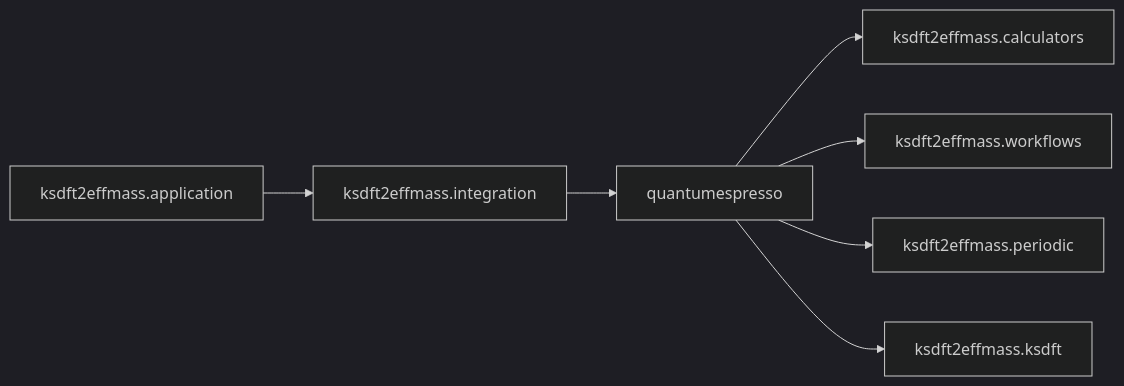
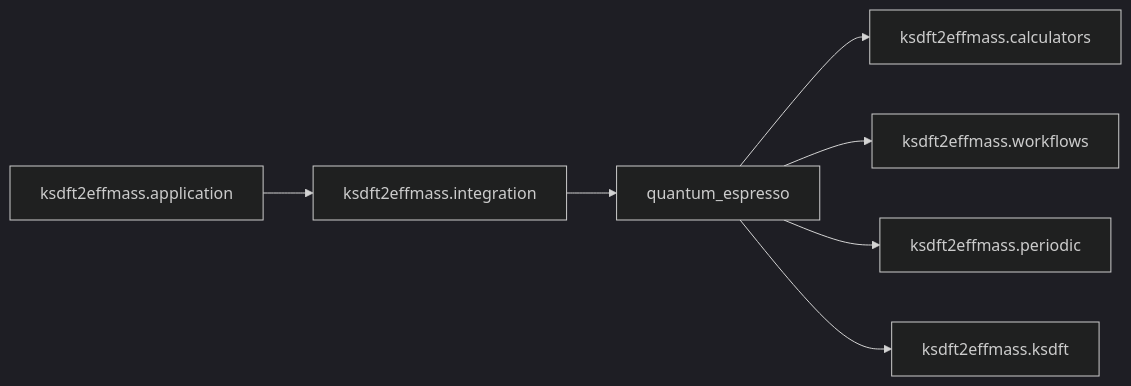
One commit to eragasa/ksdft2effmass changed the diagram in docs/architecture/v2/ksdft2effmass/integration/index.md. Above: the diagram before and after it, drawn with Mermaid (dark theme). The commit also changed other lines of this file and 119 other files, not shown here.

Commit message:
Complete Quantum ESPRESSO integration boundary

````diff
--- a/docs/architecture/v2/ksdft2effmass/integration/index.md
+++ b/docs/architecture/v2/ksdft2effmass/integration/index.md
@@ -10,9 +10,9 @@
 ```mermaid
 flowchart LR
     app["ksdft2effmass.application"] --> integration["ksdft2effmass.integration"]
-    integration --> qe["quantumespresso"]
+    integration --> qe["quantum_espresso"]
     qe --> calculators["ksdft2effmass.calculators"]
     qe --> workflows["ksdft2effmass.workflows"]
     qe --> periodic["ksdft2effmass.periodic"]
     qe --> ksdft["ksdft2effmass.ksdft"]
 ```
````
